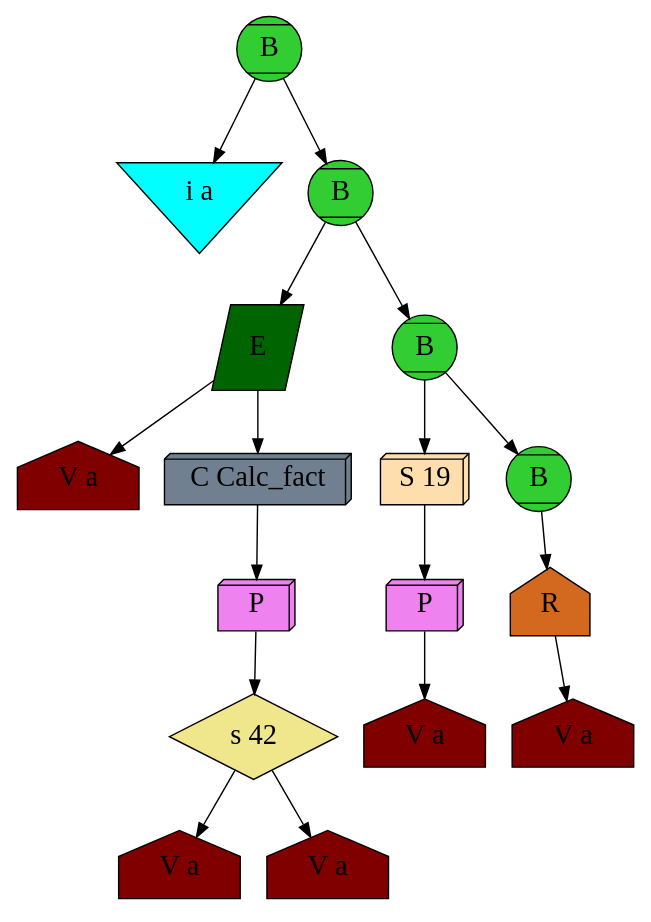
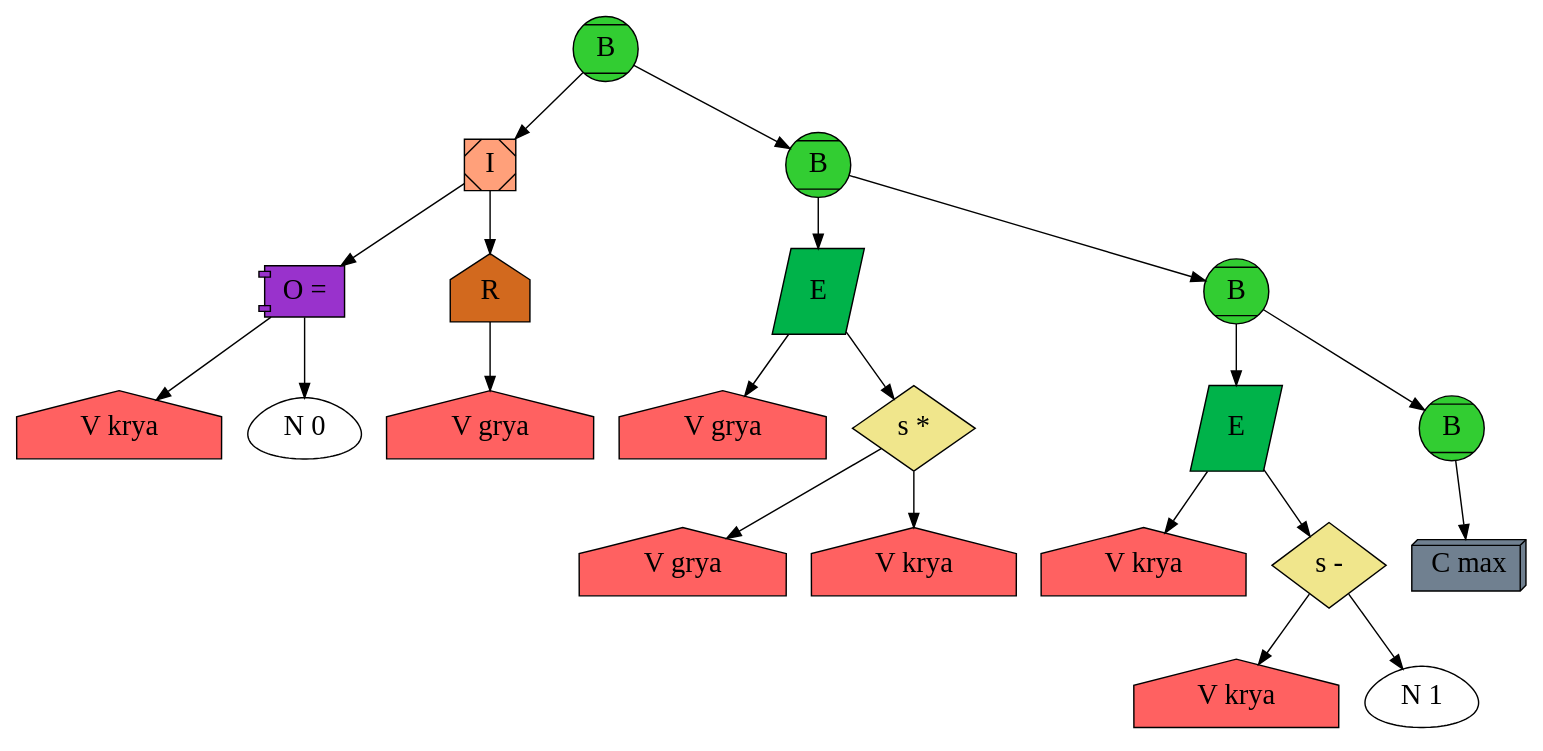
One commit to Arv1k/2_sem changed the diagram in binary_trans/backend/dott.dot. Above: the diagram before and after it, drawn with Graphviz. The commit also changed 9 other files, not shown here.

```diff
--- a/binary_trans/backend/dott.dot
+++ b/binary_trans/backend/dott.dot
@@ -1,37 +1,45 @@
 digraph {
 	node[color = "#000000", fontsize = 20];
 	edge[color = "#000000", fontsize = 20];
-		hey0[label = "B", shape = "Mcircle", color="#000000", style="filled", fillcolor = "#32CD32"];
-		hey0->hey1;
-		hey1[label = "i a", shape = "invtriangle", color="#000000", style="filled", fillcolor = "#00FFFF"];
-		hey0->hey2;
-		hey2[label = "B", shape = "Mcircle", color="#000000", style="filled", fillcolor = "#32CD32"];
-		hey2->hey3;
-		hey3[label = "E", shape = "parallelogram", color="#000000", style="filled", fillcolor = "#006400"];
-		hey3->hey4;
-		hey4[label = "V a", shape = "house", color="#000000", style="filled", fillcolor = "#800000"];
-		hey3->hey5;
-		hey5[label = "C Calc_fact", shape = "box3d", color="#000000", style="filled", fillcolor = "#708090"];
-		hey5->hey6;
-		hey6[label = "P", shape = "box3d", color="#000000", style="filled", fillcolor = "#EE82EE"];
-		hey6->hey7;
-		hey7[label = "s 42", shape = "diamond", color="#000000", style="filled", fillcolor = "#F0E68C"];
-		hey7->hey8;
-		hey8[label = "V a", shape = "house", color="#000000", style="filled", fillcolor = "#800000"];
-		hey7->hey9;
-		hey9[label = "V a", shape = "house", color="#000000", style="filled", fillcolor = "#800000"];
-		hey2->hey10;
-		hey10[label = "B", shape = "Mcircle", color="#000000", style="filled", fillcolor = "#32CD32"];
-		hey10->hey11;
-		hey11[label = "S 19", shape = "box3d", color="#000000", style="filled", fillcolor = "#FFDEAD"];
-		hey11->hey12;
-		hey12[label = "P", shape = "box3d", color="#000000", style="filled", fillcolor = "#EE82EE"];
-		hey12->hey13;
-		hey13[label = "V a", shape = "house", color="#000000", style="filled", fillcolor = "#800000"];
-		hey10->hey14;
-		hey14[label = "B", shape = "Mcircle", color="#000000", style="filled", fillcolor = "#32CD32"];
-		hey14->hey15;
-		hey15[label = "R", shape = "house", color="#000000", style="filled", fillcolor = "#D2691E"];
-		hey15->hey16;
-		hey16[label = "V a", shape = "house", color="#000000", style="filled", fillcolor = "#800000"];
+		hey16[label = "B", shape = "Mcircle", color="#000000", style="filled", fillcolor = "#32CD32"];
+		hey16->hey17;
+		hey17[label = "I", shape = "Msquare", color="#000000", style="filled", fillcolor = "#FFA07A"];
+		hey17->hey18;
+		hey18[label = "O =", shape = "component", color="#000000", style="filled", fillcolor = "#9932CC"];
+		hey18->hey19;
+		hey19[label = "V krya", shape = "house", color="#000000", style="filled", fillcolor = "#ff6161"];
+		hey18->hey20;
+		hey20[label = "N 0", shape = "egg", color="#000000", style="filled", fillcolor = "#FFFFFF"];
+		hey17->hey21;
+		hey21[label = "R", shape = "house", color="#000000", style="filled", fillcolor = "#D2691E"];
+		hey21->hey22;
+		hey22[label = "V grya", shape = "house", color="#000000", style="filled", fillcolor = "#ff6161"];
+		hey16->hey23;
+		hey23[label = "B", shape = "Mcircle", color="#000000", style="filled", fillcolor = "#32CD32"];
+		hey23->hey24;
+		hey24[label = "E", shape = "parallelogram", color="#000000", style="filled", fillcolor = "#00b34a"];
+		hey24->hey25;
+		hey25[label = "V grya", shape = "house", color="#000000", style="filled", fillcolor = "#ff6161"];
+		hey24->hey26;
+		hey26[label = "s *", shape = "diamond", color="#000000", style="filled", fillcolor = "#F0E68C"];
+		hey26->hey27;
+		hey27[label = "V grya", shape = "house", color="#000000", style="filled", fillcolor = "#ff6161"];
+		hey26->hey28;
+		hey28[label = "V krya", shape = "house", color="#000000", style="filled", fillcolor = "#ff6161"];
+		hey23->hey29;
+		hey29[label = "B", shape = "Mcircle", color="#000000", style="filled", fillcolor = "#32CD32"];
+		hey29->hey30;
+		hey30[label = "E", shape = "parallelogram", color="#000000", style="filled", fillcolor = "#00b34a"];
+		hey30->hey31;
+		hey31[label = "V krya", shape = "house", color="#000000", style="filled", fillcolor = "#ff6161"];
+		hey30->hey32;
+		hey32[label = "s -", shape = "diamond", color="#000000", style="filled", fillcolor = "#F0E68C"];
+		hey32->hey33;
+		hey33[label = "V krya", shape = "house", color="#000000", style="filled", fillcolor = "#ff6161"];
+		hey32->hey34;
+		hey34[label = "N 1", shape = "egg", color="#000000", style="filled", fillcolor = "#FFFFFF"];
+		hey29->hey35;
+		hey35[label = "B", shape = "Mcircle", color="#000000", style="filled", fillcolor = "#32CD32"];
+		hey35->hey36;
+		hey36[label = "C max", shape = "box3d", color="#000000", style="filled", fillcolor = "#708090"];
 }
```
